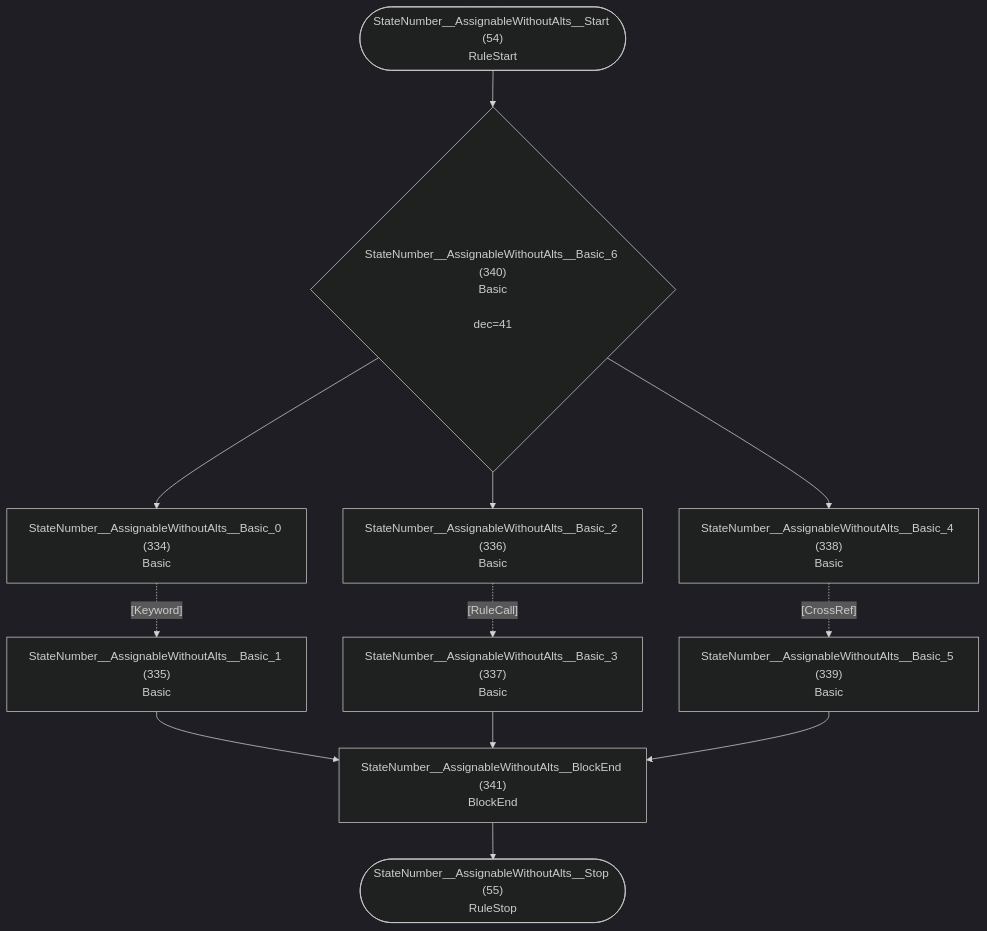
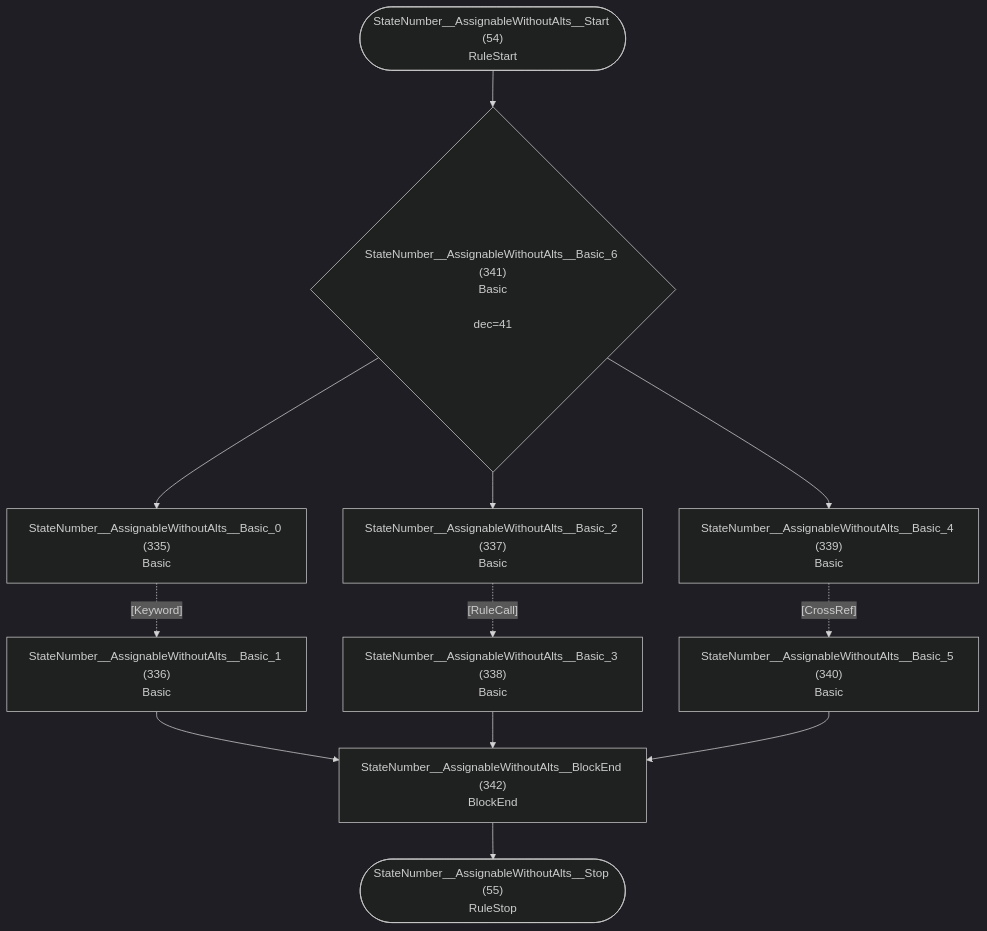
Diagram 28 of 36 in internal/grammar/atn.md (TypeFox/fastbelt), drawn with Mermaid (dark theme) before and after one commit. The commit also changed other lines of this file and 9 other files, not shown here.

````diff
--- a/internal/grammar/atn.md
+++ b/internal/grammar/atn.md
@@ -857,25 +859,25 @@
 ```mermaid
 flowchart TD
     q54(["StateNumber__AssignableWithoutAlts__Start (54)<br/>RuleStart"])
     q55(["StateNumber__AssignableWithoutAlts__Stop (55)<br/>RuleStop"])
-    q334["StateNumber__AssignableWithoutAlts__Basic_0 (334)<br/>Basic<br/>"]
-    q335["StateNumber__AssignableWithoutAlts__Basic_1 (335)<br/>Basic<br/>"]
-    q336["StateNumber__AssignableWithoutAlts__Basic_2 (336)<br/>Basic<br/>"]
-    q337["StateNumber__AssignableWithoutAlts__Basic_3 (337)<br/>Basic<br/>"]
-    q338["StateNumber__AssignableWithoutAlts__Basic_4 (338)<br/>Basic<br/>"]
-    q339["StateNumber__AssignableWithoutAlts__Basic_5 (339)<br/>Basic<br/>"]
-    q340{"StateNumber__AssignableWithoutAlts__Basic_6 (340)<br/>Basic<br/><br/>dec=41"}
-    q341["StateNumber__AssignableWithoutAlts__BlockEnd (341)<br/>BlockEnd<br/>"]
+    q335["StateNumber__AssignableWithoutAlts__Basic_0 (335)<br/>Basic<br/>"]
+    q336["StateNumber__AssignableWithoutAlts__Basic_1 (336)<br/>Basic<br/>"]
+    q337["StateNumber__AssignableWithoutAlts__Basic_2 (337)<br/>Basic<br/>"]
+    q338["StateNumber__AssignableWithoutAlts__Basic_3 (338)<br/>Basic<br/>"]
+    q339["StateNumber__AssignableWithoutAlts__Basic_4 (339)<br/>Basic<br/>"]
+    q340["StateNumber__AssignableWithoutAlts__Basic_5 (340)<br/>Basic<br/>"]
+    q341{"StateNumber__AssignableWithoutAlts__Basic_6 (341)<br/>Basic<br/><br/>dec=41"}
+    q342["StateNumber__AssignableWithoutAlts__BlockEnd (342)<br/>BlockEnd<br/>"]
 
-    q54 --> q340
-    q334 -.->|"[Keyword]"| q335
-    q335 --> q341
-    q336 -.->|"[RuleCall]"| q337
-    q337 --> q341
-    q338 -.->|"[CrossRef]"| q339
-    q339 --> q341
-    q340 --> q334
-    q340 --> q336
-    q340 --> q338
-    q341 --> q55
+    q54 --> q341
+    q335 -.->|"[Keyword]"| q336
+    q336 --> q342
+    q337 -.->|"[RuleCall]"| q338
+    q338 --> q342
+    q339 -.->|"[CrossRef]"| q340
+    q340 --> q342
+    q341 --> q335
+    q341 --> q337
+    q341 --> q339
+    q342 --> q55
 ```
````
